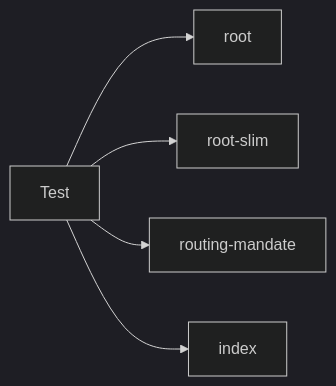
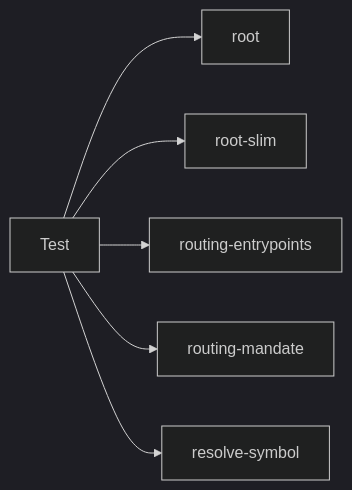
One commit to hellhellpnick/context-graph changed the diagram in .cursor/rules/ctxgraph--test-bundle-p4.mdc. Above: the diagram before and after it, drawn with Mermaid (dark theme). The commit also changed other lines of this file and 274 other files, not shown here.

````diff
--- a/.cursor/rules/ctxgraph--test-bundle-p4.mdc
+++ b/.cursor/rules/ctxgraph--test-bundle-p4.mdc
@@ -20,8 +20,9 @@
 ```mermaid
 graph LR
   Test[Test]
   Test --> root[root]
   Test --> root_slim[root-slim]
+  Test --> routing_entrypoints[routing-entrypoints]
   Test --> routing_mandate[routing-mandate]
-  Test --> index[index]
+  Test --> resolve_symbol[resolve-symbol]
 ```
````
